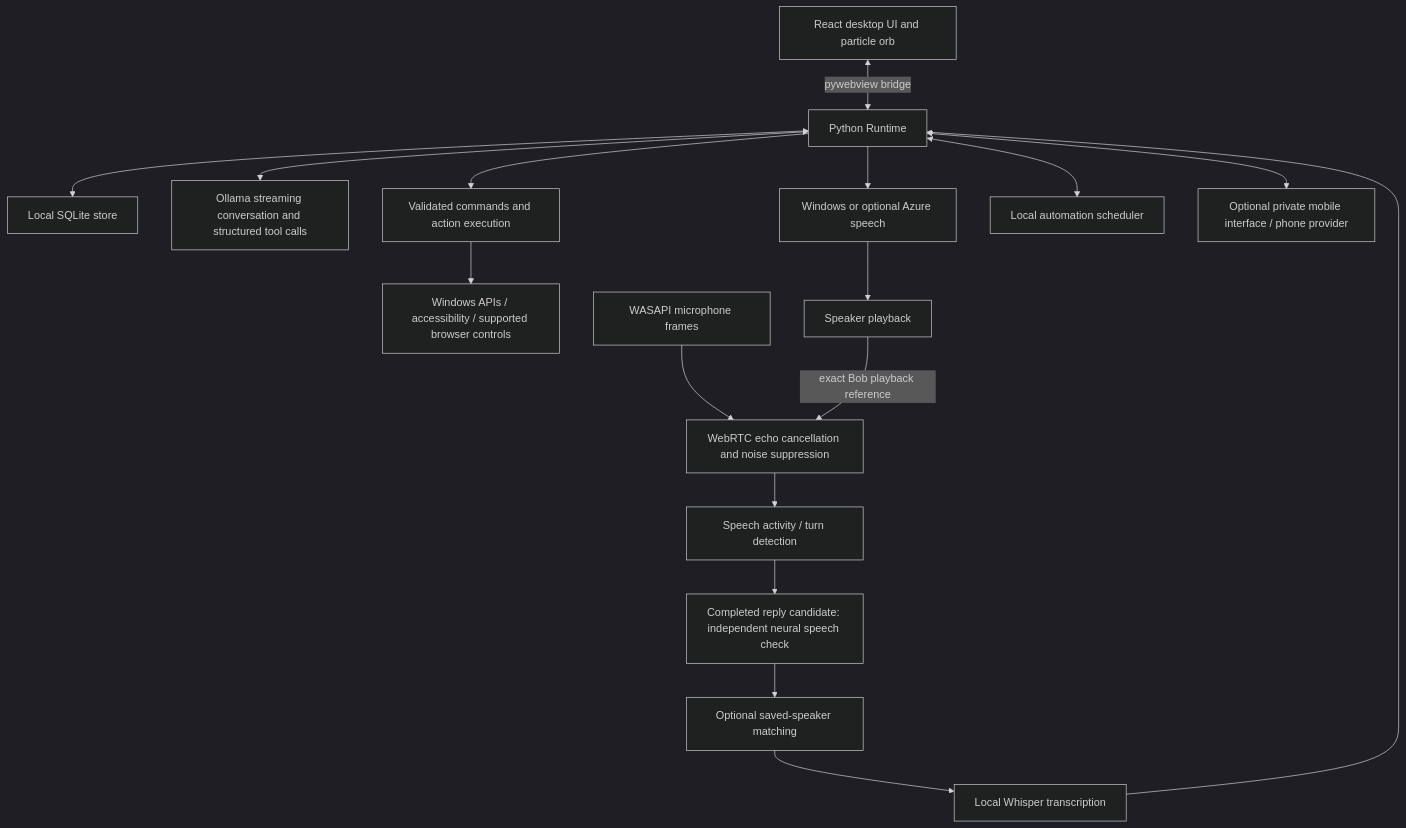
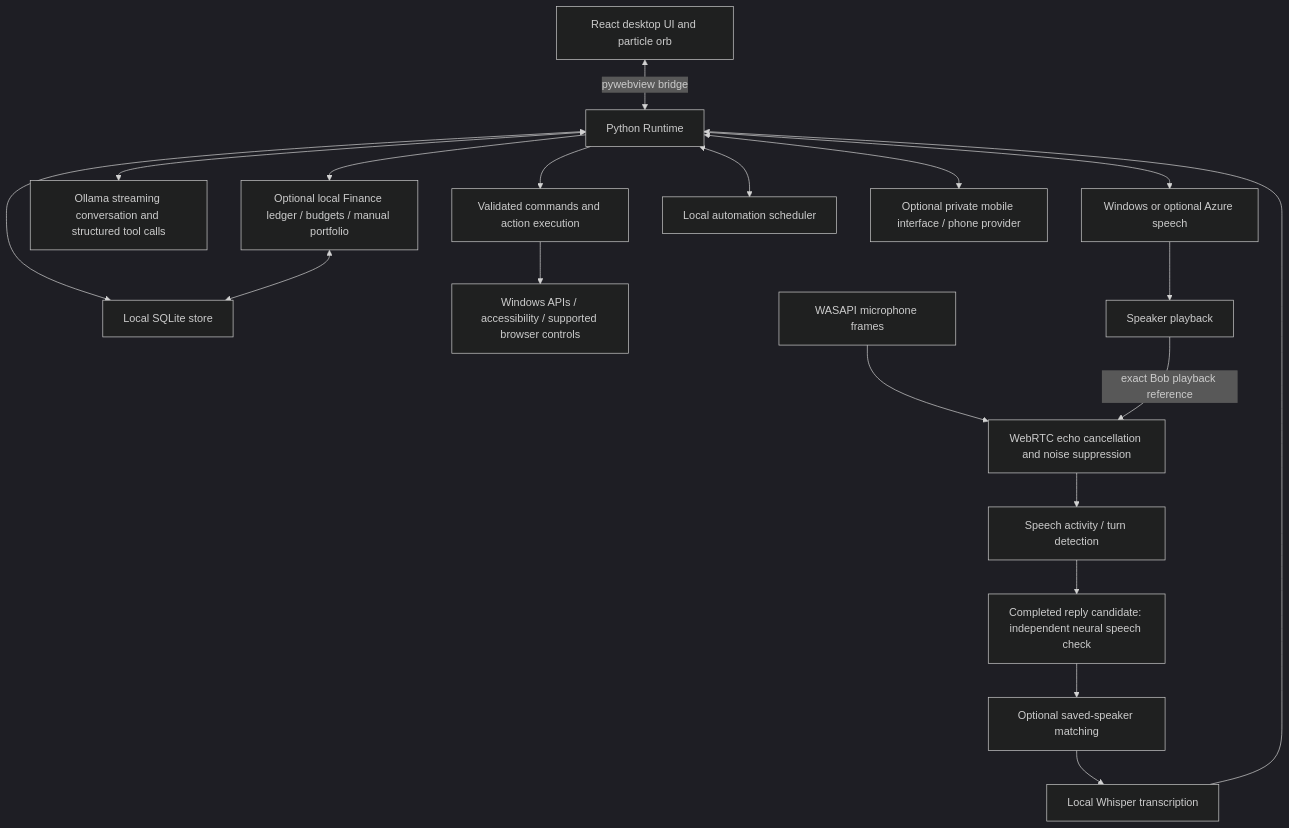
The diagram in docs/ARCHITECTURE.md (sannapanenibahnuteja/Astra-AI), drawn with Mermaid (dark theme) before and after one commit. The commit also changed other lines of this file and 19 other files, not shown here.

Commit message:
Add optional local finance widget with budgets and manual portfolio

````diff
--- a/docs/ARCHITECTURE.md
+++ b/docs/ARCHITECTURE.md
@@ -7,19 +7,21 @@
 ```mermaid
 flowchart TD
     UI[React desktop UI and particle orb] <-->|pywebview bridge| R[Python Runtime]
     R <--> S[Local SQLite store]
+    R --> F[Optional local Finance ledger / budgets / manual portfolio]
+    F <--> S
     R <--> L[Ollama streaming conversation and structured tool calls]
     R --> C[Validated commands and action execution]
     C --> W[Windows APIs / accessibility / supported browser controls]
     MIC[WASAPI microphone frames] --> DSP[WebRTC echo cancellation and noise suppression]
     DSP --> V[Speech activity / turn detection]
     V --> N[Completed reply candidate: independent neural speech check]
     N --> ID[Optional saved-speaker matching]
     ID --> ASR[Local Whisper transcription]
     ASR --> R
     R --> TTS[Windows or optional Azure speech]
     TTS --> PLAY[Speaker playback]
     PLAY -->|exact Bob playback reference| DSP
     R <--> A[Local automation scheduler]
     R <--> P[Optional private mobile interface / phone provider]
 ```
````
